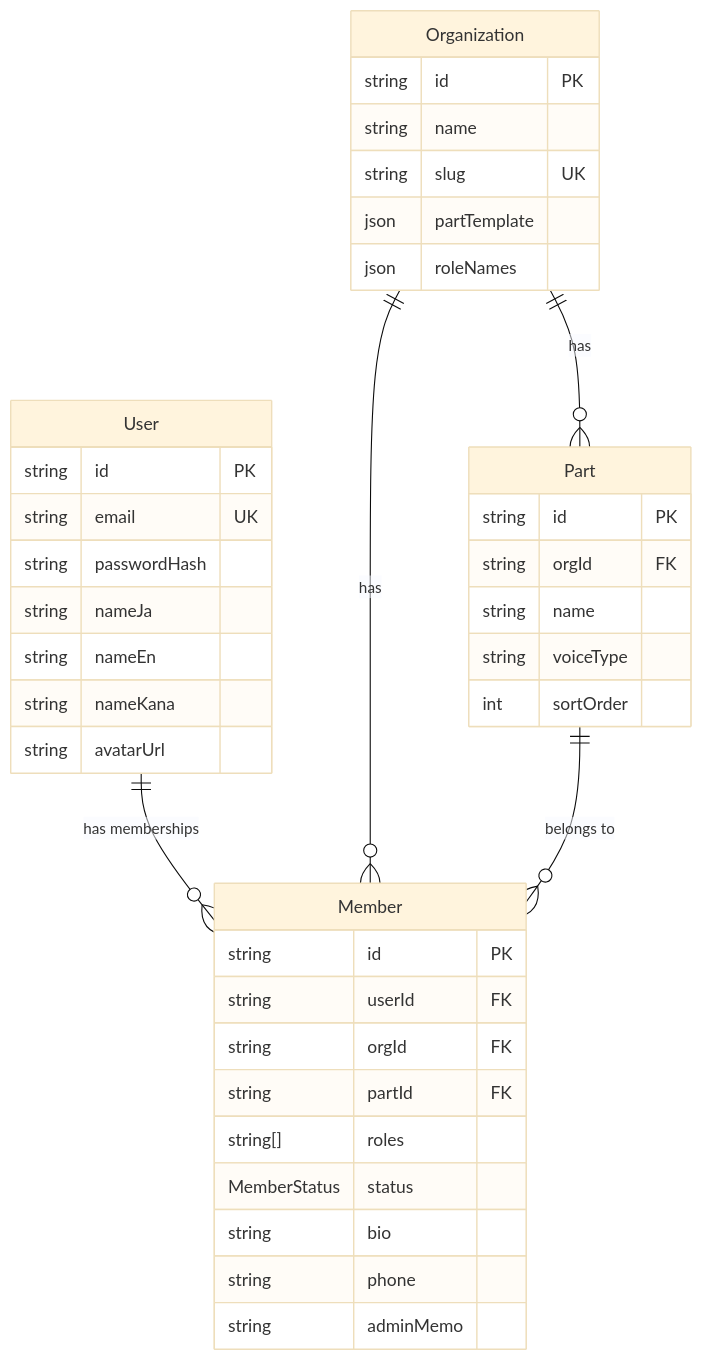
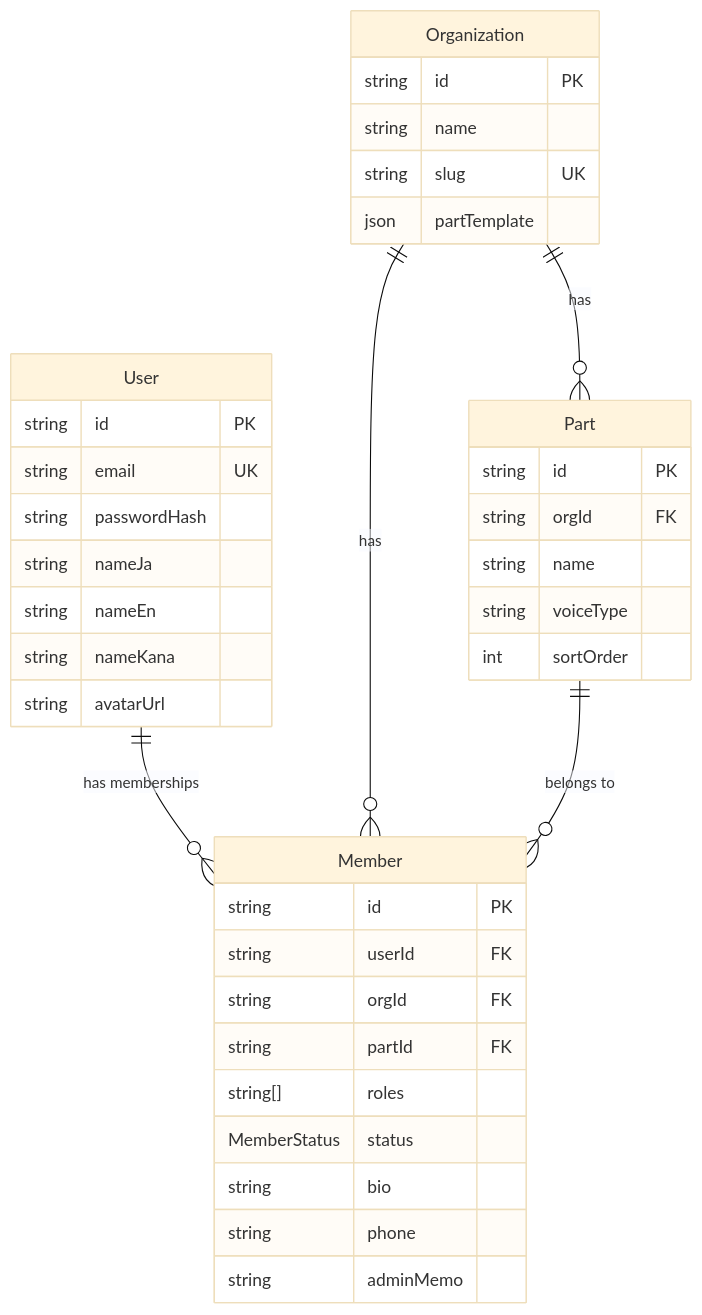
Before and after one commit to Genki1019/choirhub: the second of 7 diagrams in docs/database.md, drawn with Mermaid (base theme). The commit also changed other lines of this file and 13 other files, not shown here.

````diff
--- a/docs/database.md
+++ b/docs/database.md
@@ -85,42 +85,41 @@
 ```mermaid
 erDiagram
     User {
         string id PK
         string email UK
         string passwordHash
         string nameJa
         string nameEn
         string nameKana
         string avatarUrl
     }
     Organization {
         string id PK
         string name
         string slug UK
         json   partTemplate
-        json   roleNames
     }
     Part {
         string id PK
         string orgId FK
         string name
         string voiceType
         int    sortOrder
     }
     Member {
         string       id PK
         string       userId FK
         string       orgId FK
         string       partId FK
         string[]     roles
         MemberStatus status
         string       bio
         string       phone
         string       adminMemo
     }
 
     User         ||--o{ Member : "has memberships"
     Organization ||--o{ Part   : "has"
     Organization ||--o{ Member : "has"
     Part         ||--o{ Member : "belongs to"
 ```
````
